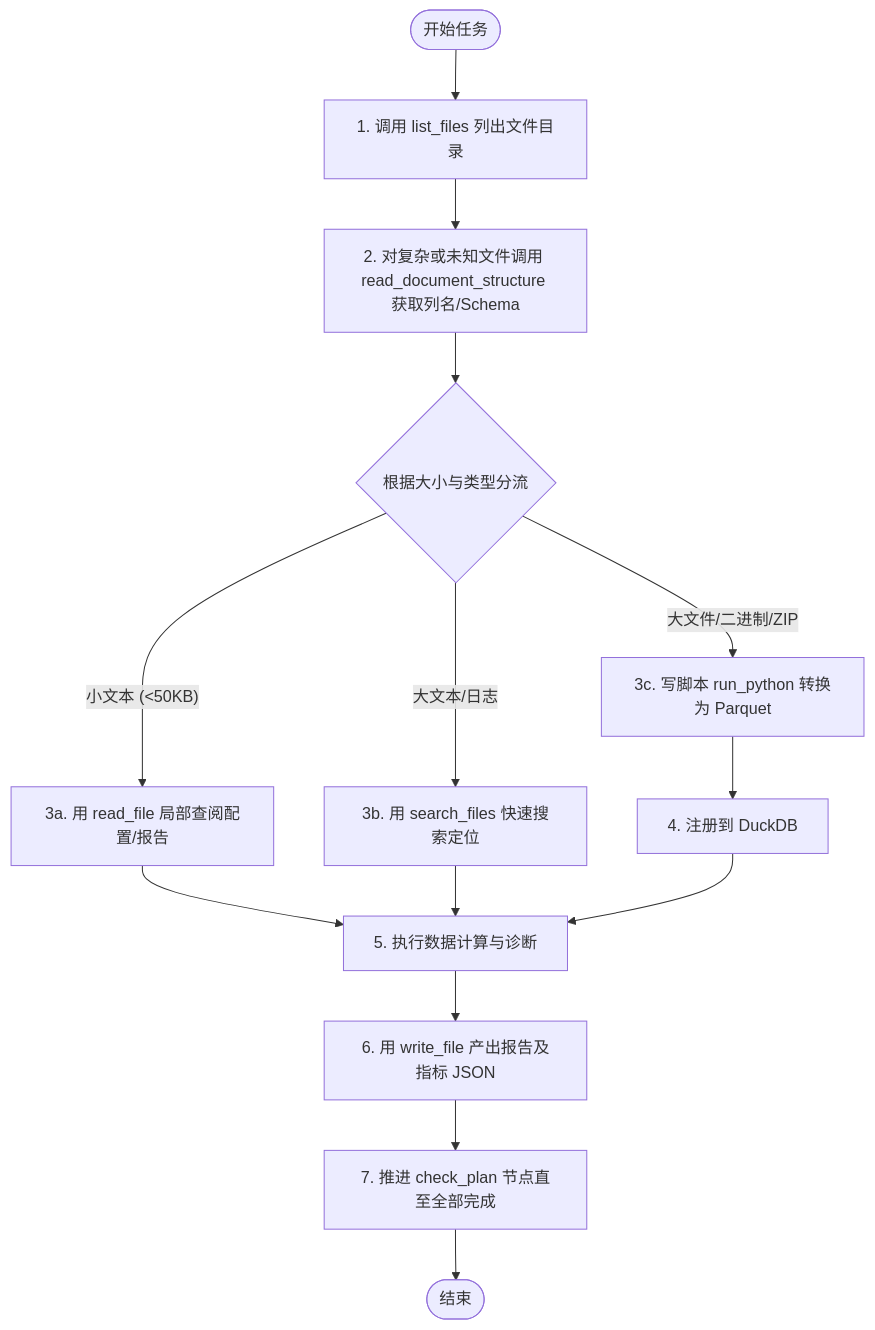
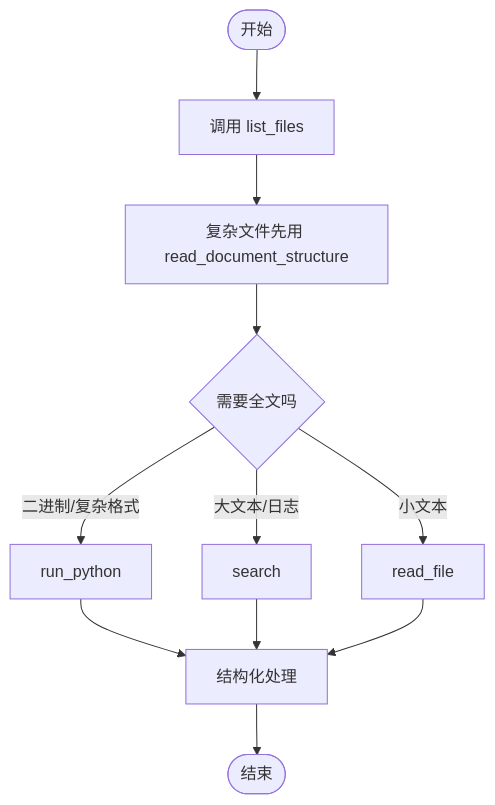
The diagram in docs/Agent Tools设计.md (FuLuTang/AI-Store-Analysis-System), drawn with Mermaid before and after one commit. The commit also changed other lines of this file and 1 other file, not shown here.

````diff
--- a/docs/Agent Tools设计.md
+++ b/docs/Agent Tools设计.md
@@ -306,16 +154,13 @@
 ```mermaid
 flowchart TD
-    Start([开始任务]) --> ListFiles[1. 调用 list_files 列出文件目录]
-    ListFiles --> ScoutDoc[2. 对复杂或未知文件调用 read_document_structure 获取列名/Schema]
-    ScoutDoc --> CheckSize{根据大小与类型分流}
-    CheckSize -- "小文本 (<50KB)" --> ReadFile[3a. 用 read_file 局部查阅配置/报告]
-    CheckSize -- "大文本/日志" --> SearchFiles[3b. 用 search_files 快速搜索定位]
-    CheckSize -- "大文件/二进制/ZIP" --> RunPython[3c. 写脚本 run_python 转换为 Parquet]
-    RunPython --> Register[4. 注册到 DuckDB]
-    ReadFile --> Analyze[5. 执行数据计算与诊断]
-    SearchFiles --> Analyze
-    Register --> Analyze
-    Analyze --> WriteReport[6. 用 write_file 产出报告及指标 JSON]
-    WriteReport --> CheckPlan[7. 推进 check_plan 节点直至全部完成]
-    CheckPlan --> End([结束])
+    Start([开始]) --> ListFiles[调用 list_files]
+    ListFiles --> Scout[复杂文件先用 read_document_structure]
+    Scout --> ReadFile{需要全文吗}
+    ReadFile -- 小文本 --> ReadText[read_file]
+    ReadFile -- 大文本/日志 --> Search[search]
+    ReadFile -- 二进制/复杂格式 --> RunPy[run_python]
+    RunPy --> Analyze[结构化处理]
+    Search --> Analyze
+    ReadText --> Analyze
+    Analyze --> End([结束])
 ```
````
